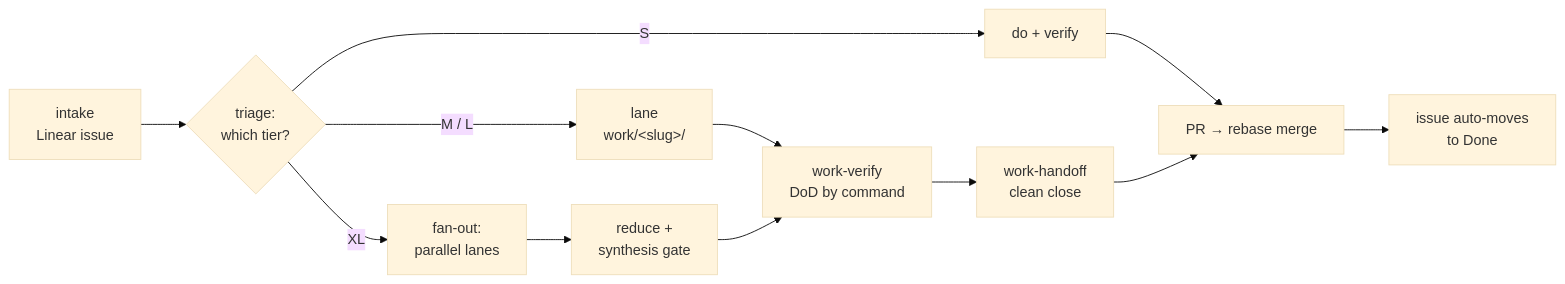
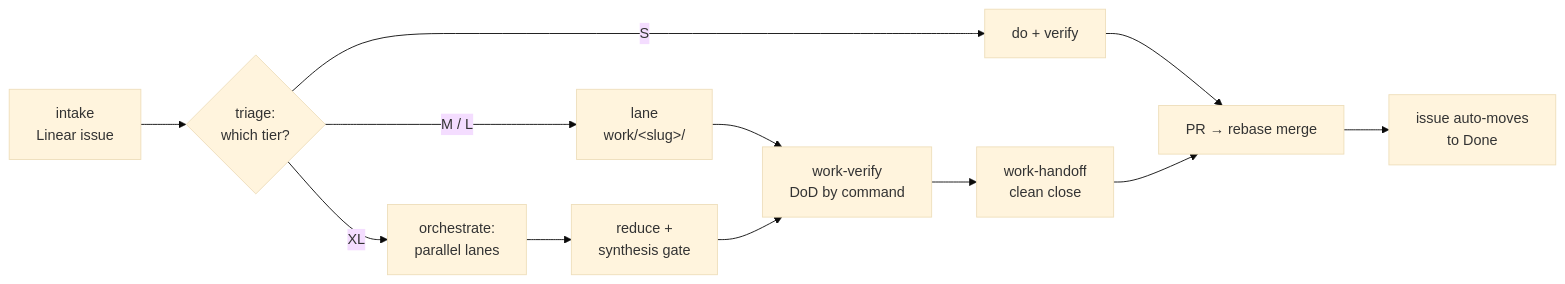
The second of 5 diagrams in README.md (bygama/Agent-Engineering), drawn with Mermaid (base theme) before and after one commit. The commit also changed other lines of this file and 13 other files, not shown here.

First line of the commit message:
docs(mat-55): sweep remaining living surfaces from fan-out to orchestrate

````diff
--- a/README.md
+++ b/README.md
@@ -73,14 +73,14 @@
 ```mermaid
 flowchart LR
     IN["intake<br/>Linear issue"] --> TR{"triage:<br/>which tier?"}
     TR -->|S| S["do + verify"]
     TR -->|M / L| LANE["lane<br/>work/&lt;slug&gt;/"]
-    TR -->|XL| FAN["fan-out:<br/>parallel lanes"]
+    TR -->|XL| FAN["orchestrate:<br/>parallel lanes"]
     FAN --> RED["reduce +<br/>synthesis gate"]
     LANE --> V["work-verify<br/>DoD by command"]
     RED --> V
     V --> HO["work-handoff<br/>clean close"]
     S --> PR["PR → rebase merge"]
     HO --> PR
     PR --> DONE["issue auto-moves<br/>to Done"]
 ```
````
